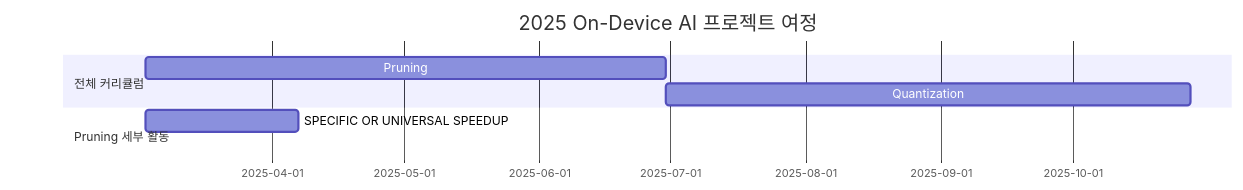
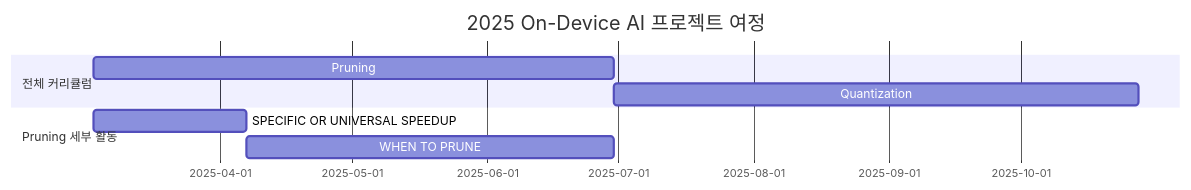
The diagram in README.md (Pseudo-Lab/On-Device-AI_On-The-AIr), drawn with Mermaid before and after one commit. The commit also changed other lines of this file, not shown here.

````diff
--- a/README.md
+++ b/README.md
@@ -37,11 +38,11 @@
 ```mermaid
 gantt
     title 2025 On-Device AI 프로젝트 여정
     section 전체 커리큘럼
     Pruning      :a1, 2025-03-03, 119d
     Quantization :a2, after a1, 120d
 
     section Pruning 세부 활동
     SPECIFIC OR UNIVERSAL SPEEDUP   :b1, 2025-03-03, 35d
-    WHEN TO PRUNE                   :b2, after b2, 84d
+    WHEN TO PRUNE                   :b2, after b1, 84d
 ```
````
